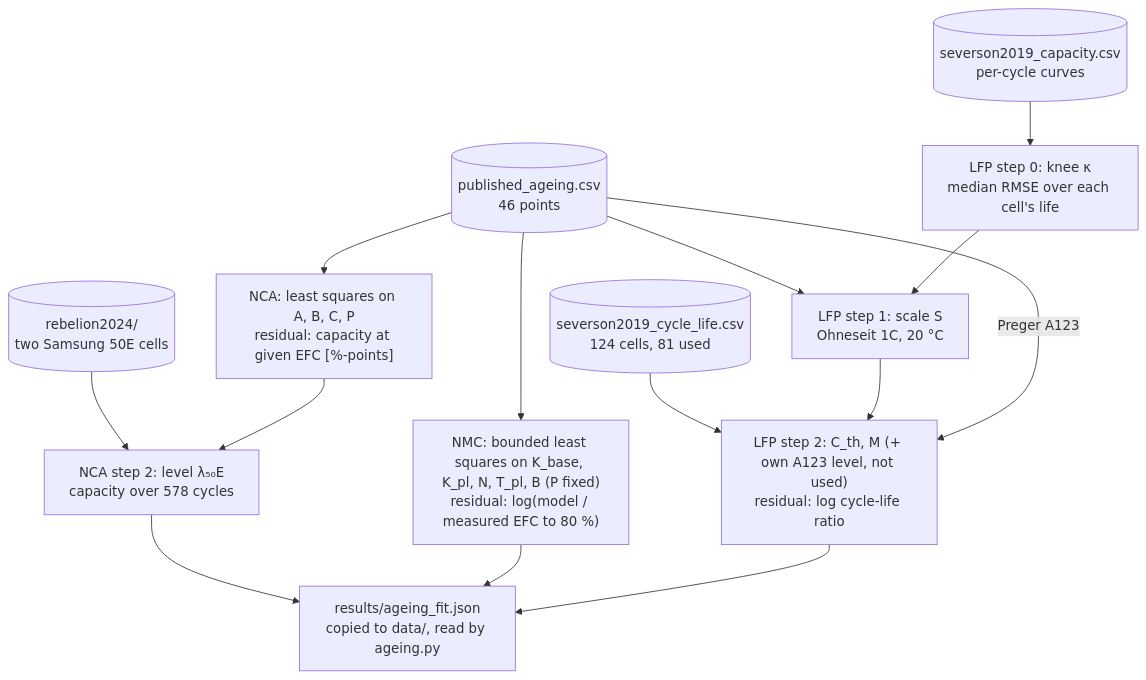
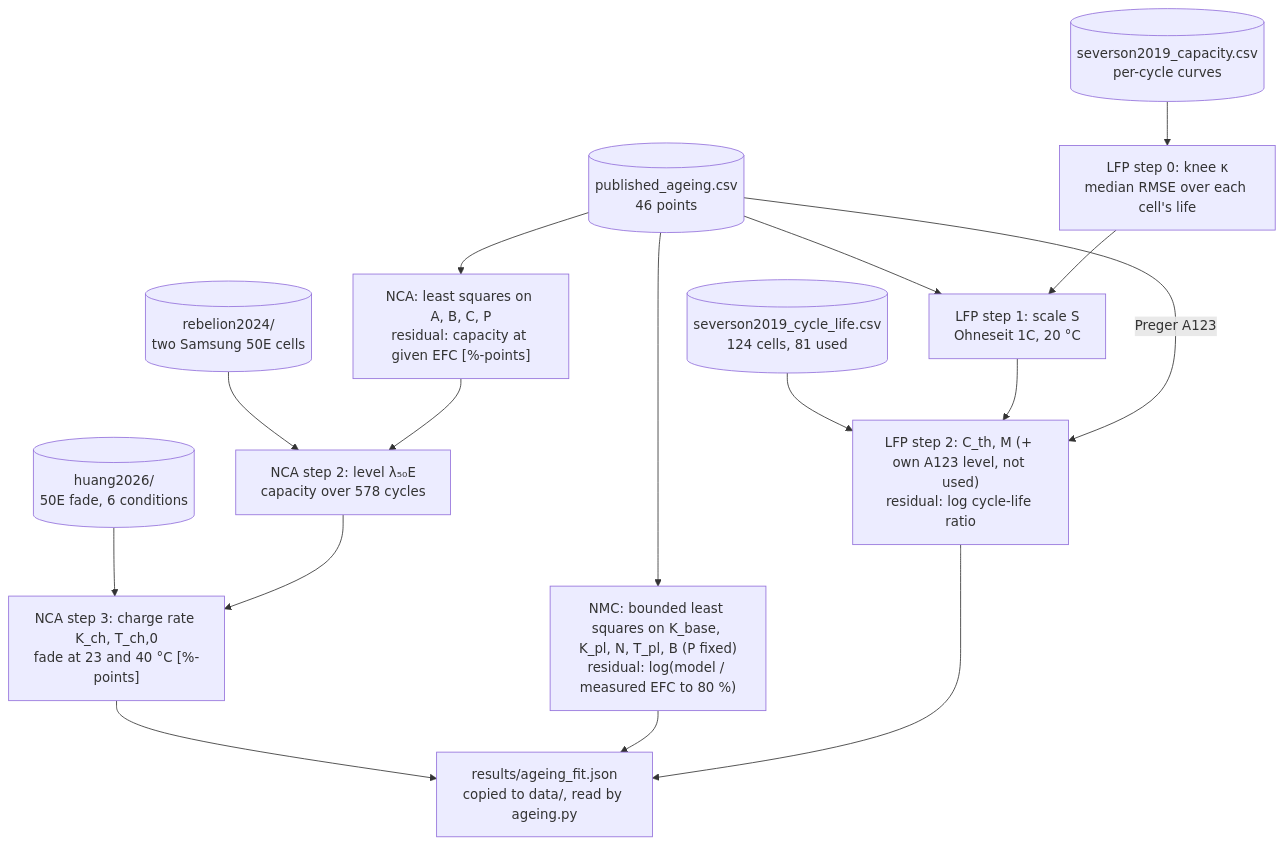
The seventh of 12 diagrams in README.md (TheJohn01/DigitalTwinBattery), drawn with Mermaid before and after one commit. The commit also changed other lines of this file and 18 other files, not shown here.

````diff
--- a/README.md
+++ b/README.md
@@ -1111,21 +1180,23 @@
 ```mermaid
 flowchart TD
     CSV[("published_ageing.csv<br/>46 points")] --> NCA
     CSV --> NMC
     CSV --> LFP1
     SEV[("severson2019_cycle_life.csv<br/>124 cells, 81 used")] --> LFP2
     CUR[("severson2019_capacity.csv<br/>per-cycle curves")] --> LFP0
     LFP0["LFP step 0: knee κ<br/>median RMSE over each cell's life"]
     LFP0 --> LFP1
     NCA["NCA: least squares on A, B, C, P<br/>residual: capacity at given EFC [%-points]"]
     NMC["NMC: bounded least squares on K_base, K_pl, N, T_pl, B (P fixed)<br/>residual: log(model / measured EFC to 80 %)"]
     LFP1["LFP step 1: scale S<br/>Ohneseit 1C, 20 °C"]
     LFP2["LFP step 2: C_th, M (+ own A123 level, not used)<br/>residual: log cycle-life ratio"]
     LFP1 --> LFP2
     CSV -- "Preger A123" --> LFP2
     REB[("rebelion2024/<br/>two Samsung 50E cells")] --> NCA2
     NCA --> NCA2["NCA step 2: level λ₅₀E<br/>capacity over 578 cycles"]
-    NCA2 --> OUT["results/ageing_fit.json<br/>copied to data/, read by ageing.py"]
+    HUA[("huang2026/<br/>50E fade, 6 conditions")] --> NCA3
+    NCA2 --> NCA3["NCA step 3: charge rate K_ch, T_ch,0<br/>fade at 23 and 40 °C [%-points]"]
+    NCA3 --> OUT["results/ageing_fit.json<br/>copied to data/, read by ageing.py"]
     NMC --> OUT
     LFP2 --> OUT
 ```
````
